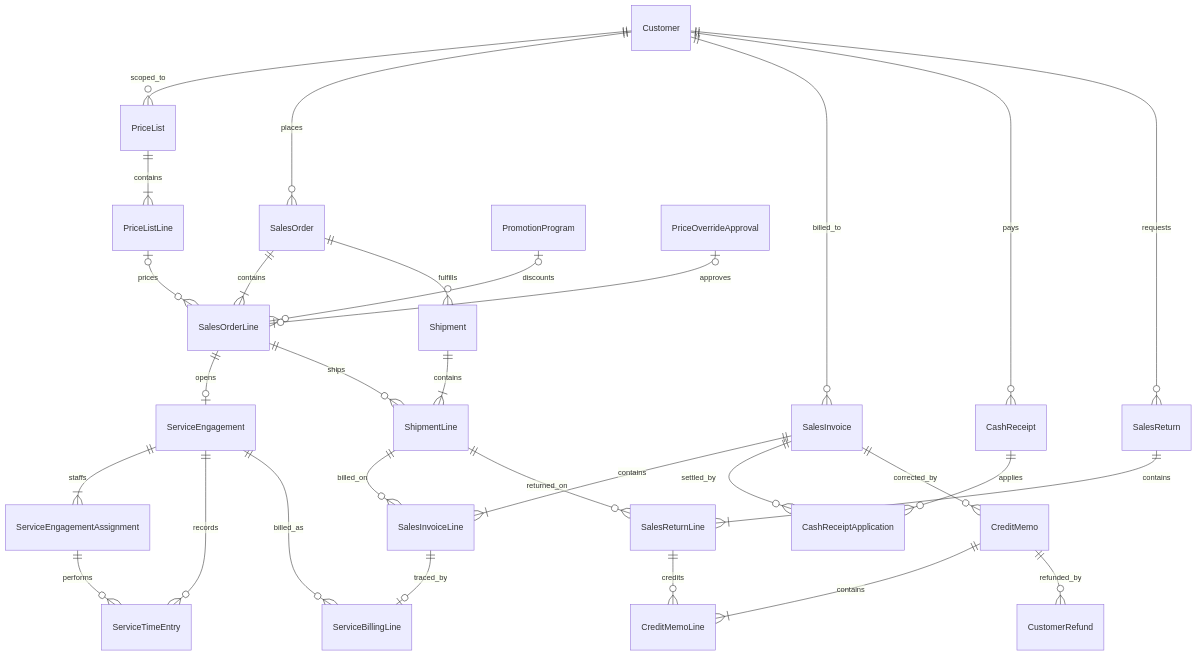
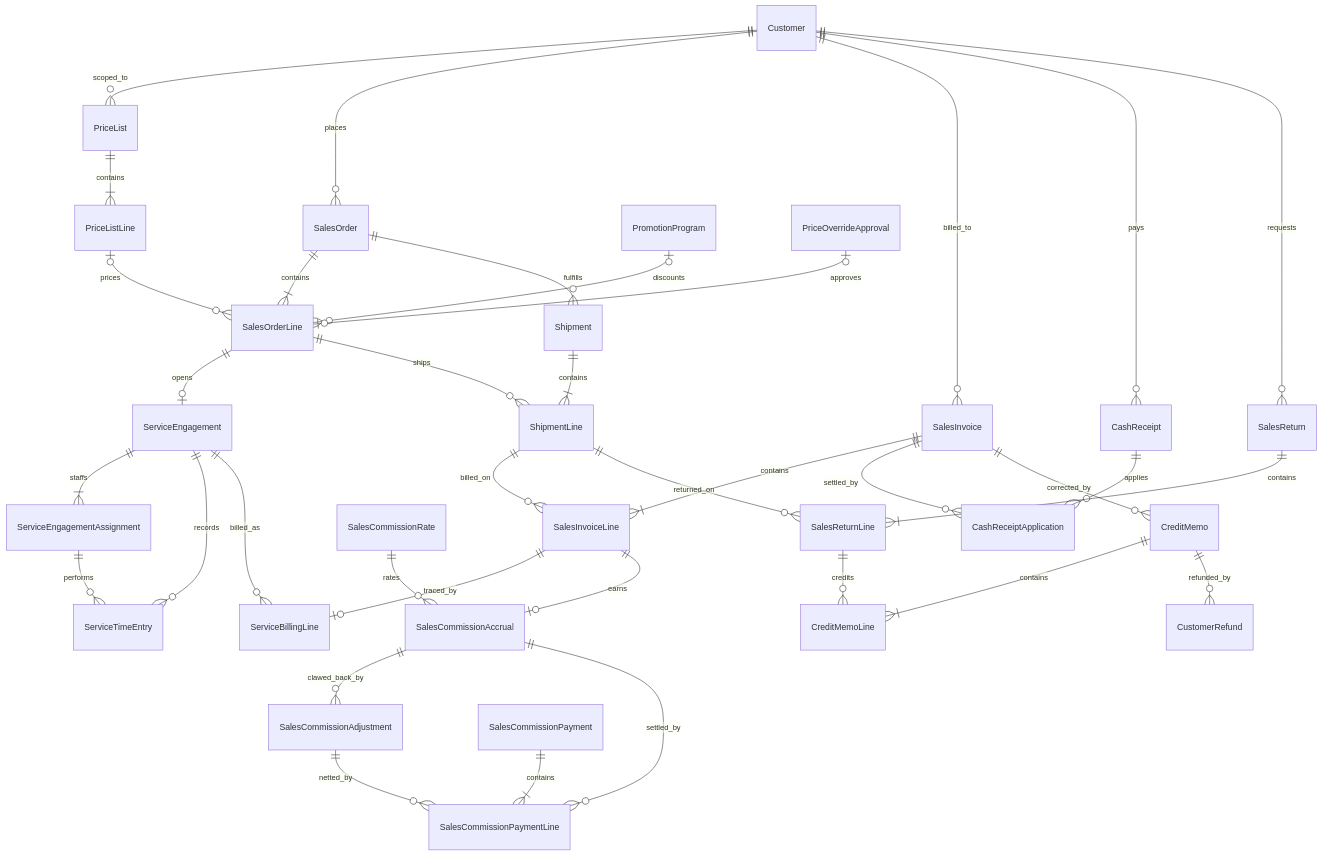
The third of 9 diagrams in docs/reference/schema.md (mmcodesso/greenfield_database), drawn with Mermaid before and after one commit. The commit also changed other lines of this file and 40 other files, not shown here.

Commit message:
Add sales commission routine to O2C

````diff
--- a/docs/reference/schema.md
+++ b/docs/reference/schema.md
@@ -121,32 +121,38 @@
 ```mermaid
 erDiagram
     Customer ||--o{ PriceList : scoped_to
     Customer ||--o{ SalesOrder : places
     Customer ||--o{ SalesInvoice : billed_to
     Customer ||--o{ CashReceipt : pays
     Customer ||--o{ SalesReturn : requests
     PriceList ||--|{ PriceListLine : contains
     SalesOrder ||--|{ SalesOrderLine : contains
     PriceListLine o|--o{ SalesOrderLine : prices
     PromotionProgram o|--o{ SalesOrderLine : discounts
     PriceOverrideApproval o|--o| SalesOrderLine : approves
     SalesOrderLine ||--o| ServiceEngagement : opens
     ServiceEngagement ||--|{ ServiceEngagementAssignment : staffs
     ServiceEngagement ||--o{ ServiceTimeEntry : records
     ServiceEngagementAssignment ||--o{ ServiceTimeEntry : performs
     SalesOrder ||--o{ Shipment : fulfills
     SalesOrderLine ||--o{ ShipmentLine : ships
     Shipment ||--|{ ShipmentLine : contains
     SalesInvoice ||--|{ SalesInvoiceLine : contains
     ShipmentLine ||--o{ SalesInvoiceLine : billed_on
     ServiceEngagement ||--o{ ServiceBillingLine : billed_as
     SalesInvoiceLine ||--o| ServiceBillingLine : traced_by
     CashReceipt ||--o{ CashReceiptApplication : applies
     SalesInvoice ||--o{ CashReceiptApplication : settled_by
+    SalesInvoiceLine ||--o| SalesCommissionAccrual : earns
+    SalesCommissionRate ||--o{ SalesCommissionAccrual : rates
+    SalesCommissionAccrual ||--o{ SalesCommissionAdjustment : clawed_back_by
+    SalesCommissionAccrual ||--o{ SalesCommissionPaymentLine : settled_by
+    SalesCommissionAdjustment ||--o{ SalesCommissionPaymentLine : netted_by
+    SalesCommissionPayment ||--|{ SalesCommissionPaymentLine : contains
     SalesReturn ||--|{ SalesReturnLine : contains
     ShipmentLine ||--o{ SalesReturnLine : returned_on
     SalesInvoice ||--o{ CreditMemo : corrected_by
     CreditMemo ||--|{ CreditMemoLine : contains
     SalesReturnLine ||--o{ CreditMemoLine : credits
     CreditMemo ||--o{ CustomerRefund : refunded_by
 ```
````
